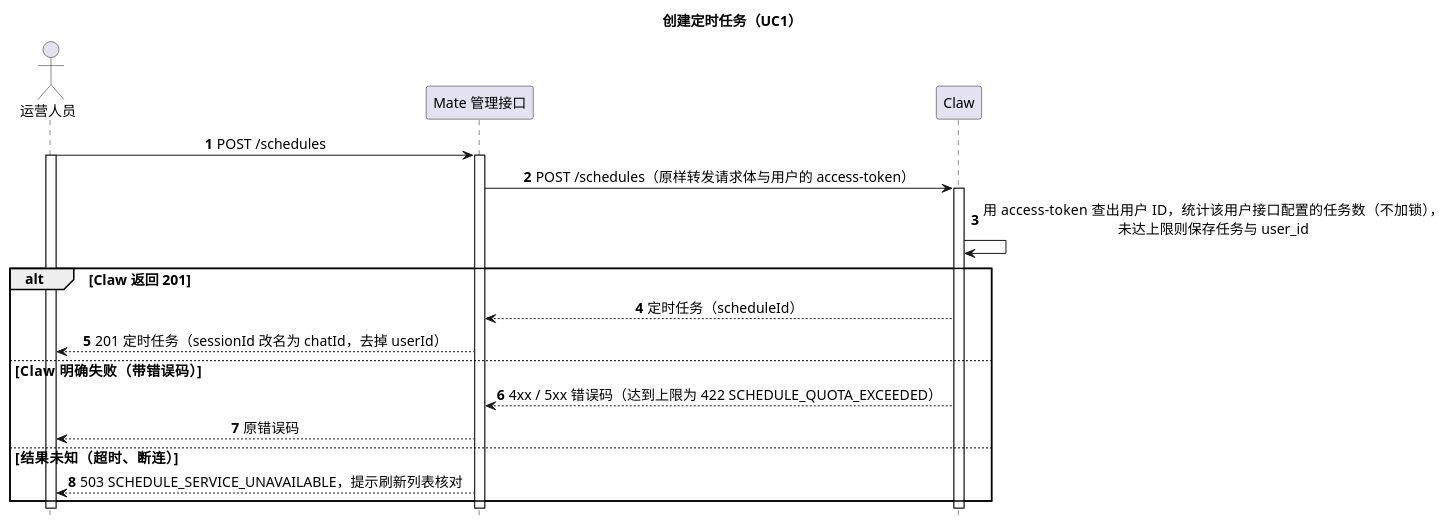
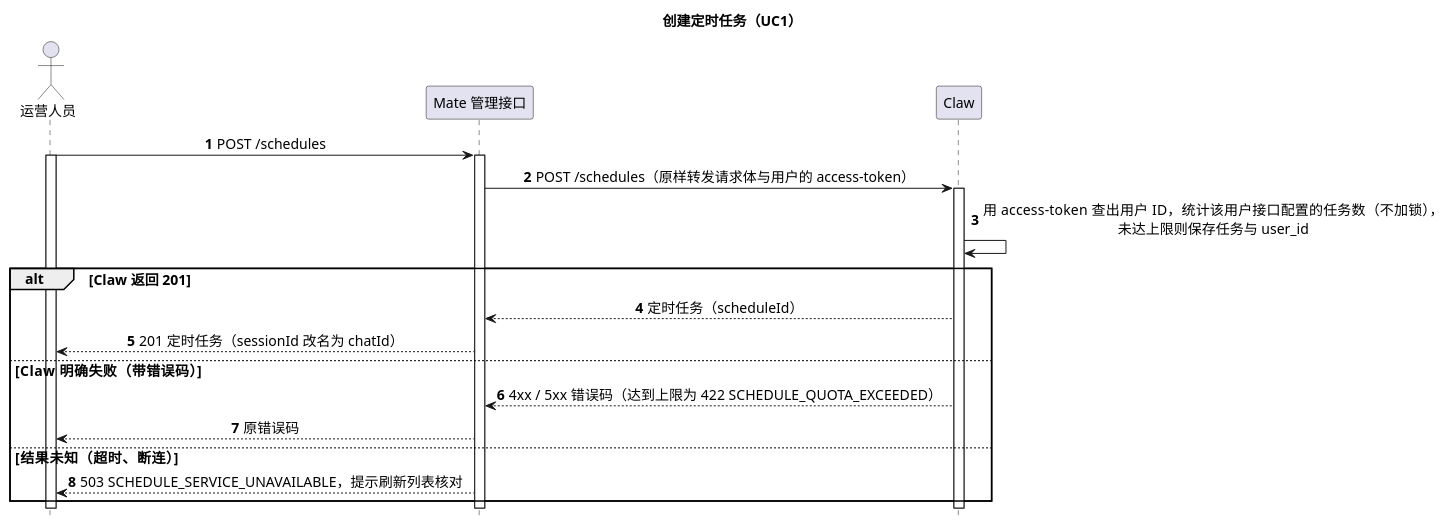
Before and after one commit to ssm0808/pi-mono-java-design: the second of 14 diagrams in 02-服务与接口/08-CampusMate定时任务/diagram.puml, drawn with PlantUML. The commit also changed other lines of this file and 9 other files, not shown here.

First line of the commit message:
定时任务：Claw 任务资源不再返回 userId

```diff
--- a/02-服务与接口/08-CampusMate定时任务/diagram.puml
+++ b/02-服务与接口/08-CampusMate定时任务/diagram.puml
@@ -45,31 +45,31 @@
 @startuml mate_schedule_create
 ' 目标：待实现；UC1 创建接口配置的任务。
 ' Claw 接口：POST /campusclaw-service/v1/schedules，见 01-总体架构/08-CampusClaw定时任务/README.md 第 4.4 节；按用户查询见第 4.8.3 节。
 ' mate-service 源码未核验；用户认证与权限由 Mate 框架按 access-token 在进入管理接口前完成，不在本图中。
 ' 表达方式：画 Claw 结果三种去向；配额与创建者都在 Claw，Mate 不写任何记录（2026-10-21 确定）。
 title 创建定时任务（UC1）
 hide footbox
 skinparam backgroundColor white
 skinparam defaultFontSize 14
 skinparam sequenceMessageAlign center
 actor "运营人员" as Operator
 participant "Mate 管理接口" as Mate
 participant "Claw" as Claw
 autonumber
 Operator -> Mate ++ : POST /schedules
 activate Operator
 Mate -> Claw ++ : POST /schedules（原样转发请求体与用户的 access-token）
 Claw -> Claw : 用 access-token 查出用户 ID，统计该用户接口配置的任务数（不加锁），\n未达上限则保存任务与 user_id
 alt Claw 返回 201
   Claw --> Mate : 定时任务（scheduleId）
-  Mate --> Operator : 201 定时任务（sessionId 改名为 chatId，去掉 userId）
+  Mate --> Operator : 201 定时任务（sessionId 改名为 chatId）
 else Claw 明确失败（带错误码）
   Claw --> Mate : 4xx / 5xx 错误码（达到上限为 422 SCHEDULE_QUOTA_EXCEEDED）
   Mate --> Operator : 原错误码
 else 结果未知（超时、断连）
   Mate --> Operator : 503 SCHEDULE_SERVICE_UNAVAILABLE，提示刷新列表核对
 end
 deactivate Claw
 deactivate Mate
 deactivate Operator
 @enduml
```
